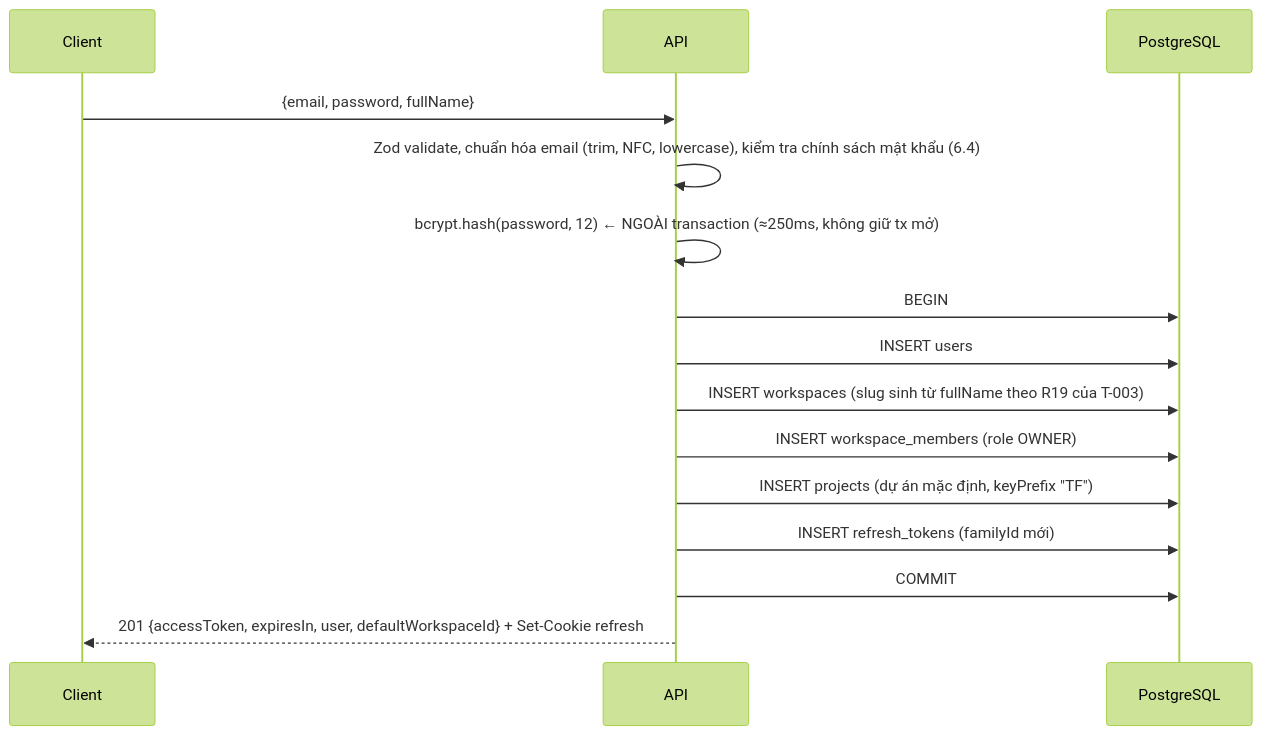
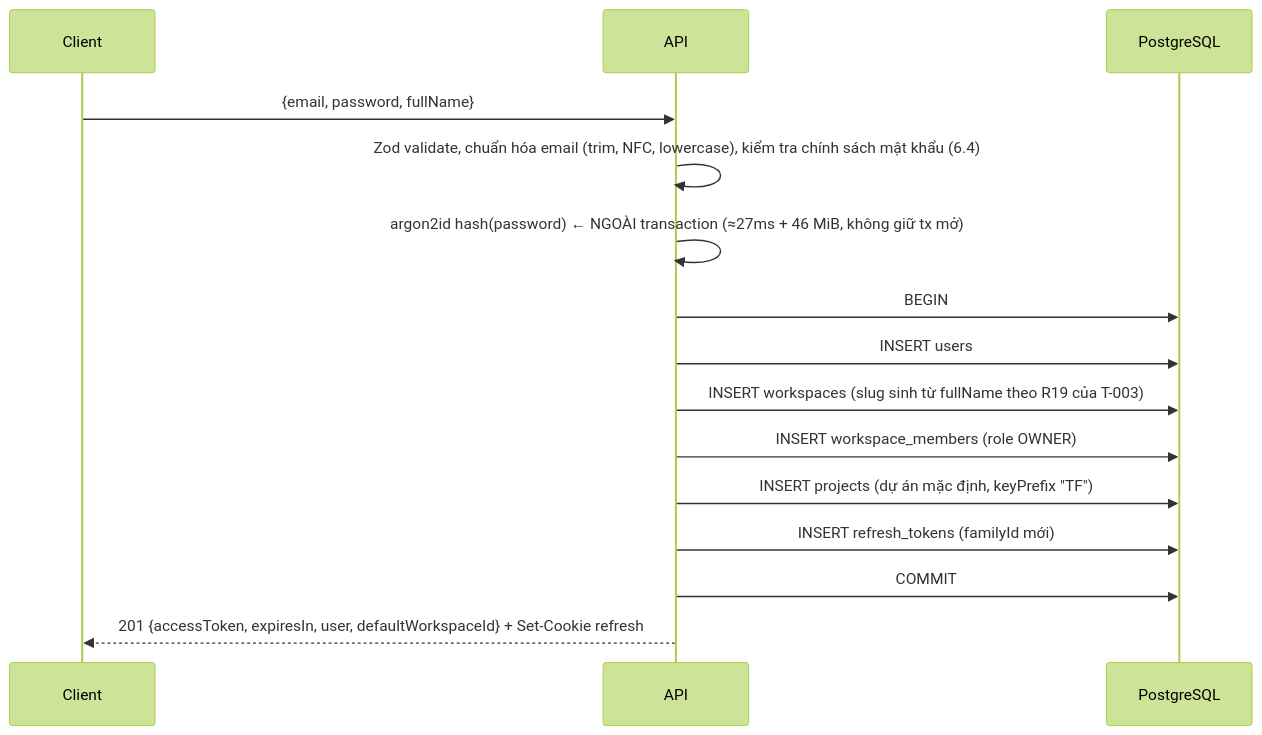
Before and after one commit to Nguyentuananh2112/taskflow-enterprise: the first of 2 diagrams in docs/design/security.md, drawn with Mermaid (forest theme). The commit also changed other lines of this file and 7 other files, not shown here.

````diff
--- a/docs/design/security.md
+++ b/docs/design/security.md
@@ -27,17 +28,17 @@
 ```mermaid
 sequenceDiagram
   participant C as Client
   participant A as API
   participant DB as PostgreSQL
   C->>A: {email, password, fullName}
   A->>A: Zod validate, chuẩn hóa email (trim, NFC, lowercase), kiểm tra chính sách mật khẩu (6.4)
-  A->>A: bcrypt.hash(password, 12)  ← NGOÀI transaction (≈250ms, không giữ tx mở)
+  A->>A: argon2id hash(password)  ← NGOÀI transaction (≈27ms + 46 MiB, không giữ tx mở)
   A->>DB: BEGIN
   A->>DB: INSERT users
   A->>DB: INSERT workspaces (slug sinh từ fullName theo R19 của T-003)
   A->>DB: INSERT workspace_members (role OWNER)
   A->>DB: INSERT projects (dự án mặc định, keyPrefix "TF")
   A->>DB: INSERT refresh_tokens (familyId mới)
   A->>DB: COMMIT
   A-->>C: 201 {accessToken, expiresIn, user, defaultWorkspaceId} + Set-Cookie refresh
 ```
````
